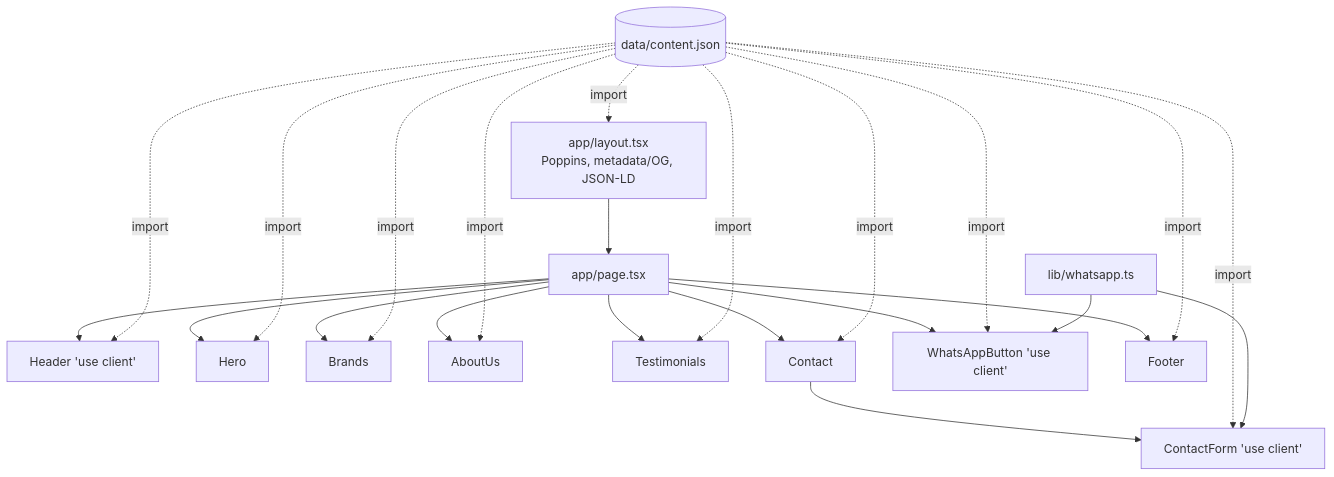
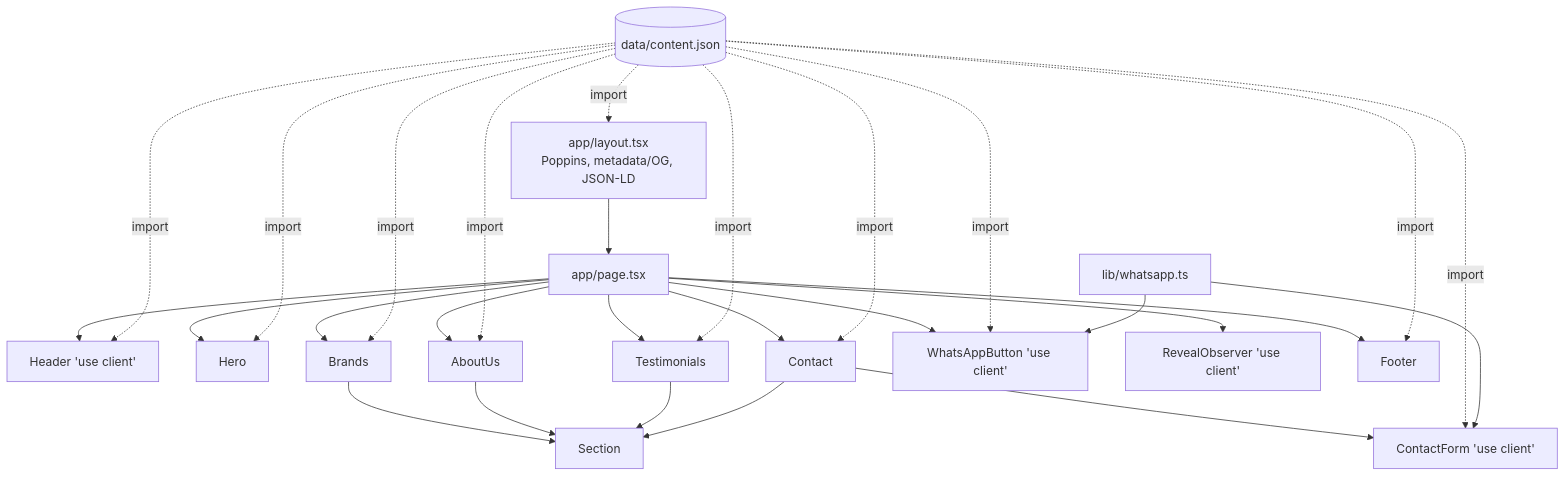
Before and after one commit to Lima08/Galmar: the diagram in .specs/codebase/ARCHITECTURE.md, drawn with Mermaid. The commit also changed other lines of this file and 6 other files, not shown here.

````diff
--- a/.specs/codebase/ARCHITECTURE.md
+++ b/.specs/codebase/ARCHITECTURE.md
@@ -7,15 +7,17 @@
 ```mermaid
 graph TD
   L[app/layout.tsx<br/>Poppins, metadata/OG, JSON-LD] --> P[app/page.tsx]
   P --> H[Header 'use client']
   P --> Hero
   P --> Brands
   P --> AboutUs
   P --> Testimonials
   P --> C[Contact]
   C --> CF[ContactForm 'use client']
   P --> W[WhatsAppButton 'use client']
+  P --> R[RevealObserver 'use client']
+  Brands & AboutUs & Testimonials & C --> S[Section]
   P --> F[Footer]
   JSON[(data/content.json)] -.import.-> L & H & Hero & Brands & AboutUs & Testimonials & C & CF & W & F
   WA[lib/whatsapp.ts] --> CF & W
 ```
````
